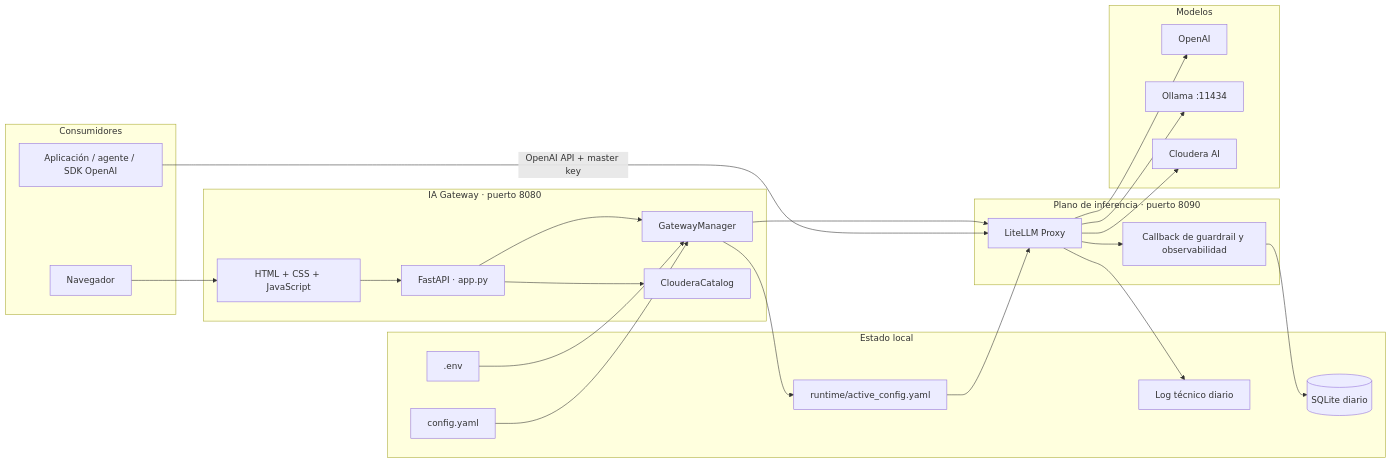
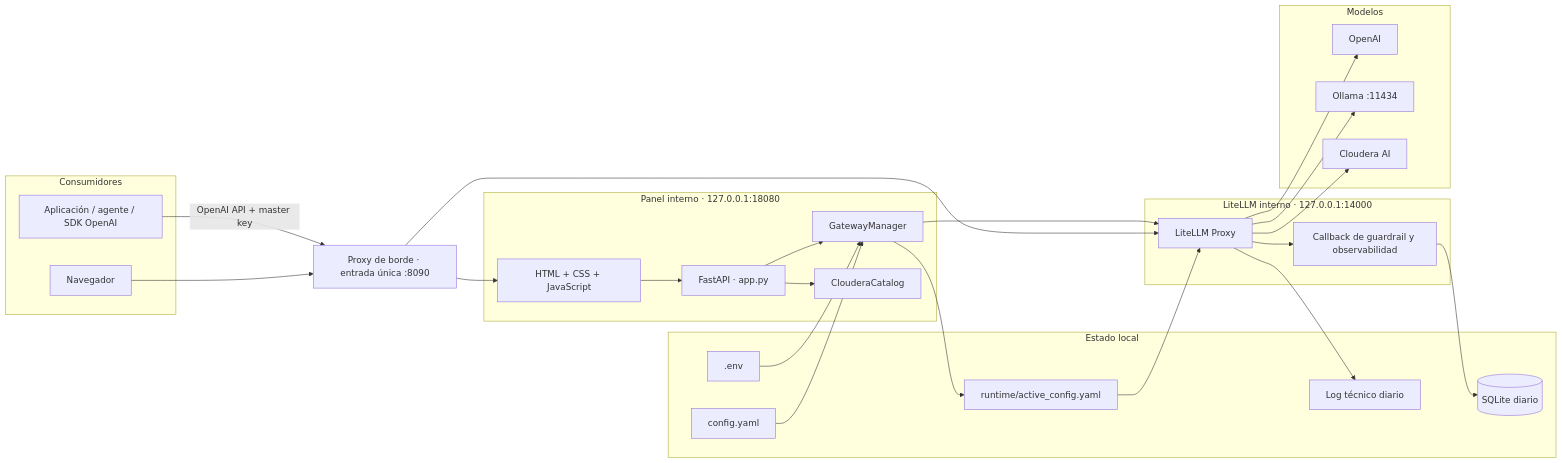
Before and after one commit to smerchanmole/AI-gateway: the first of 4 diagrams in README.md, drawn with Mermaid. The commit also changed other lines of this file and 14 other files, not shown here.

````diff
--- a/README.md
+++ b/README.md
@@ -64,45 +65,47 @@
 ```mermaid
 flowchart LR
     subgraph CLIENTES["Consumidores"]
         WEB["Navegador"]
         APP["Aplicación / agente / SDK OpenAI"]
     end
 
-    subgraph PANEL["IA Gateway · puerto 8080"]
+    EDGE["Proxy de borde · entrada única :8090"]
+
+    subgraph PANEL["Panel interno · 127.0.0.1:18080"]
         API["FastAPI · app.py"]
         UI["HTML + CSS + JavaScript"]
         CORE["GatewayManager"]
         CDP["ClouderaCatalog"]
     end
 
-    subgraph PROXY["Plano de inferencia · puerto 8090"]
+    subgraph PROXY["LiteLLM interno · 127.0.0.1:14000"]
         LLM["LiteLLM Proxy"]
         CALLBACK["Callback de guardrail y observabilidad"]
     end
 
     subgraph DATOS["Estado local"]
         YAML["config.yaml"]
         ENV[".env"]
         RUN["runtime/active_config.yaml"]
         SQLITE[("SQLite diario")]
         LOG["Log técnico diario"]
     end
 
     subgraph PROVEEDORES["Modelos"]
         OPENAI["OpenAI"]
         OLLAMA["Ollama :11434"]
         CLOUDERA["Cloudera AI"]
     end
 
-    WEB --> UI --> API
-    APP -->|"OpenAI API + master key"| LLM
+    WEB --> EDGE --> UI --> API
+    APP -->|"OpenAI API + master key"| EDGE --> LLM
     API --> CORE --> LLM
     YAML --> CORE --> RUN --> LLM
     ENV --> CORE
     API --> CDP
     LLM --> CALLBACK --> SQLITE
     LLM --> LOG
     LLM --> OPENAI
     LLM --> OLLAMA
     LLM --> CLOUDERA
 ```
````
